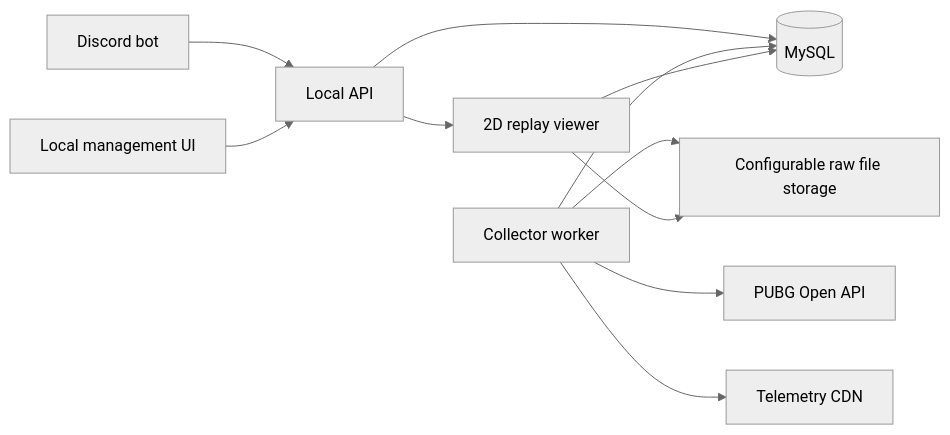
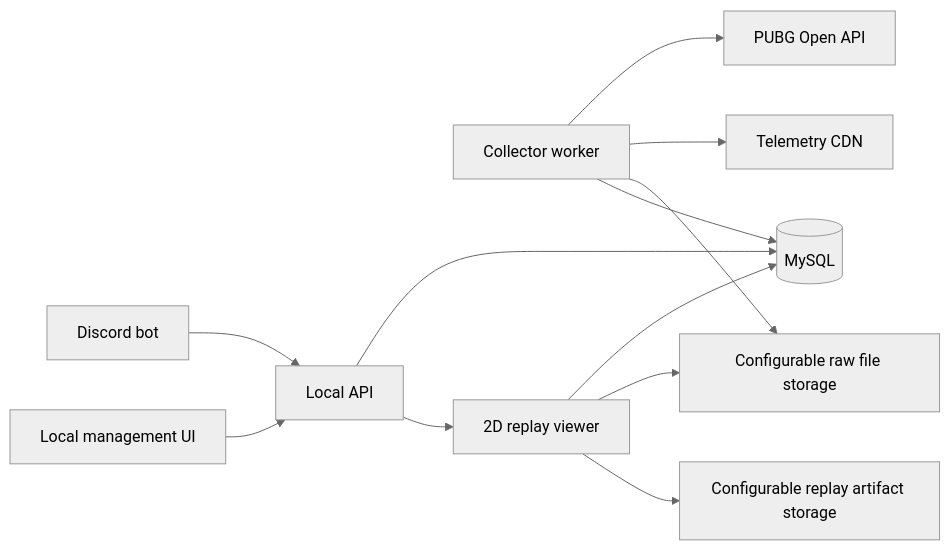
Before and after one commit to YuukiAsunaI/PUBG_AI_Code_Codex: the diagram in docs/LOCAL_ARCHITECTURE_AND_MYSQL_MODEL.md, drawn with Mermaid (neutral theme). The commit also changed other lines of this file and 7 other files, not shown here.

Commit message:
Add configurable replay artifact storage

````diff
--- a/docs/LOCAL_ARCHITECTURE_AND_MYSQL_MODEL.md
+++ b/docs/LOCAL_ARCHITECTURE_AND_MYSQL_MODEL.md
@@ -34,13 +35,14 @@
 ```mermaid
 flowchart LR
     Discord["Discord bot"] --> API["Local API"]
     UI["Local management UI"] --> API
     API --> MySQL[("MySQL")]
     Worker["Collector worker"] --> PUBG["PUBG Open API"]
     Worker --> CDN["Telemetry CDN"]
     Worker --> RawFiles["Configurable raw file storage"]
     Worker --> MySQL
     API --> Replay["2D replay viewer"]
     Replay --> MySQL
     Replay --> RawFiles
+    Replay --> ReplayFiles["Configurable replay artifact storage"]
 ```
````
